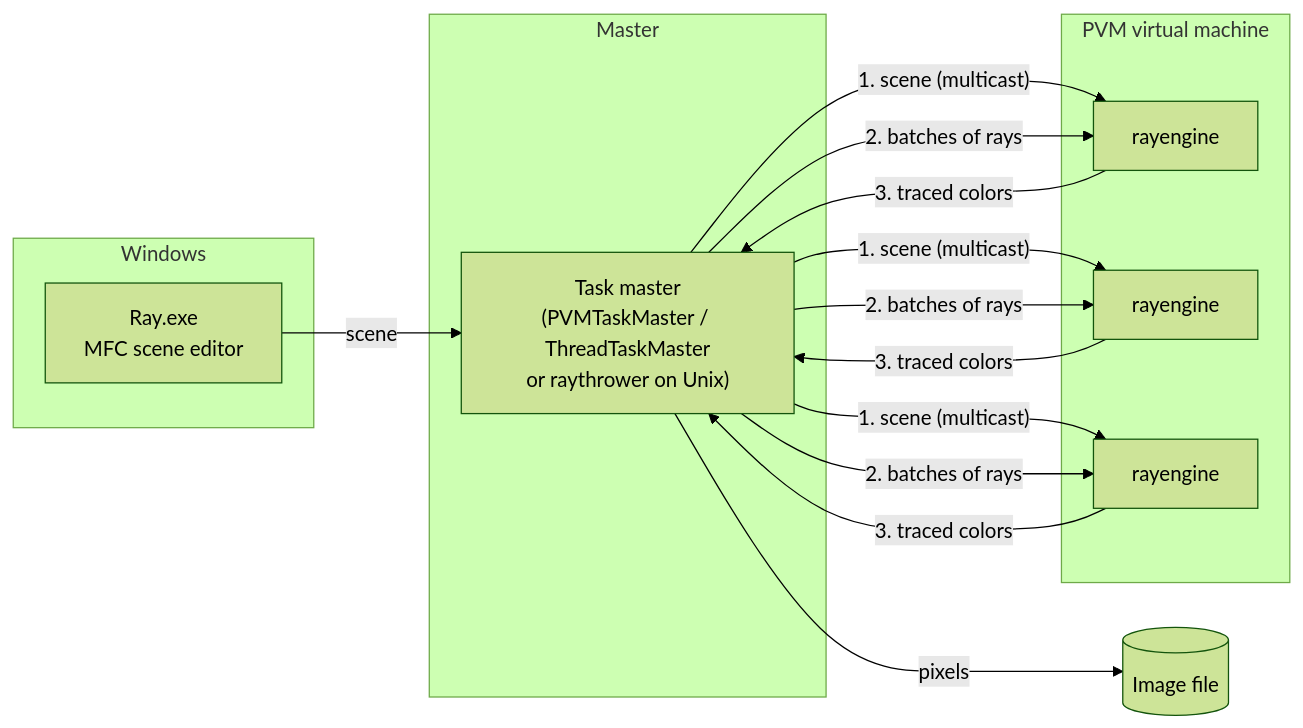
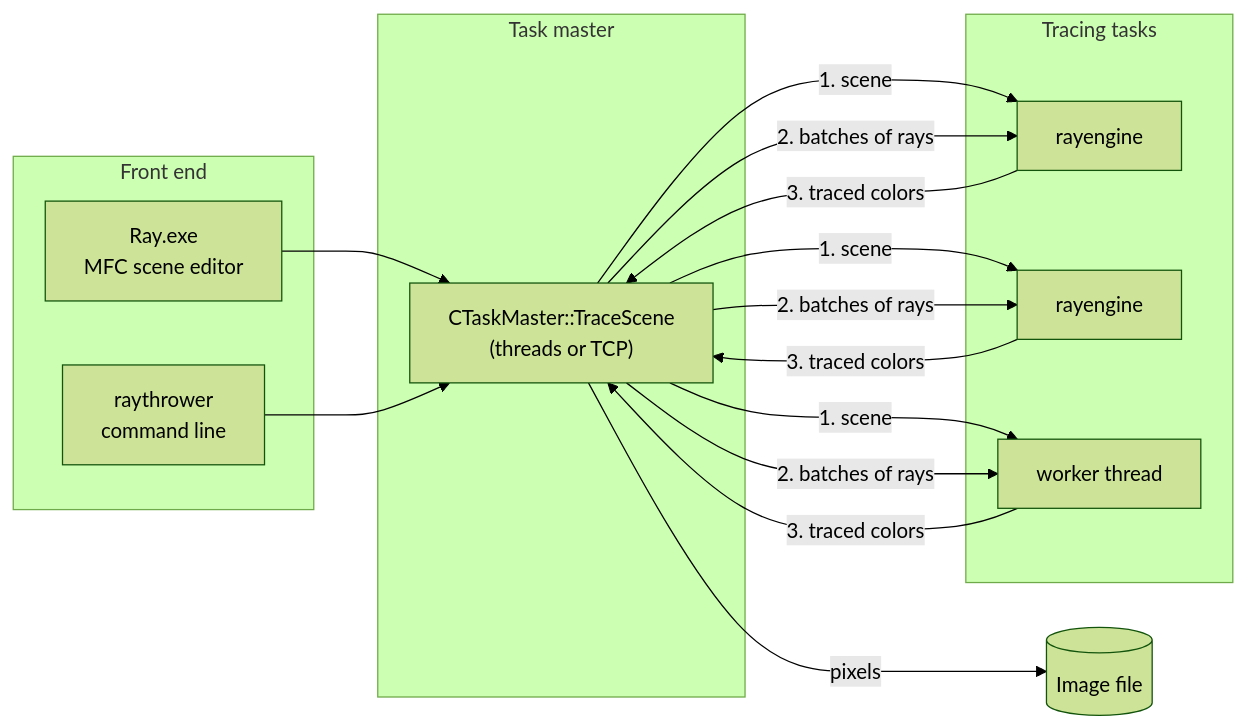
Before and after one commit to jnaujok/Ray: the diagram in README.md, drawn with Mermaid (forest theme). The commit also changed other lines of this file and 16 other files, not shown here.

Commit message:
Fix Windows binary scene reading, MFC 64-bit handlers, network test ports; docs

````diff
--- a/README.md
+++ b/README.md
@@ -65,19 +75,21 @@
 ```mermaid
 flowchart LR
-    subgraph Windows
+    subgraph Front["Front end"]
         UI["Ray.exe<br/>MFC scene editor"]
+        CLI["raythrower<br/>command line"]
     end
-    subgraph Master
-        TM["Task master<br/>(PVMTaskMaster / ThreadTaskMaster<br/>or raythrower on Unix)"]
+    subgraph Master["Task master"]
+        TM["CTaskMaster::TraceScene<br/>(threads or TCP)"]
     end
-    subgraph Cluster["PVM virtual machine"]
+    subgraph Tasks["Tracing tasks"]
         E1[rayengine]
         E2[rayengine]
-        E3[rayengine]
+        E3["worker thread"]
     end
-    UI -- scene --> TM
-    TM -- "1. scene (multicast)" --> E1 & E2 & E3
+    UI --> TM
+    CLI --> TM
+    TM -- "1. scene" --> E1 & E2 & E3
     TM -- "2. batches of rays" --> E1 & E2 & E3
     E1 & E2 & E3 -- "3. traced colors" --> TM
     TM -- pixels --> IMG[(Image file)]
 ```
````
